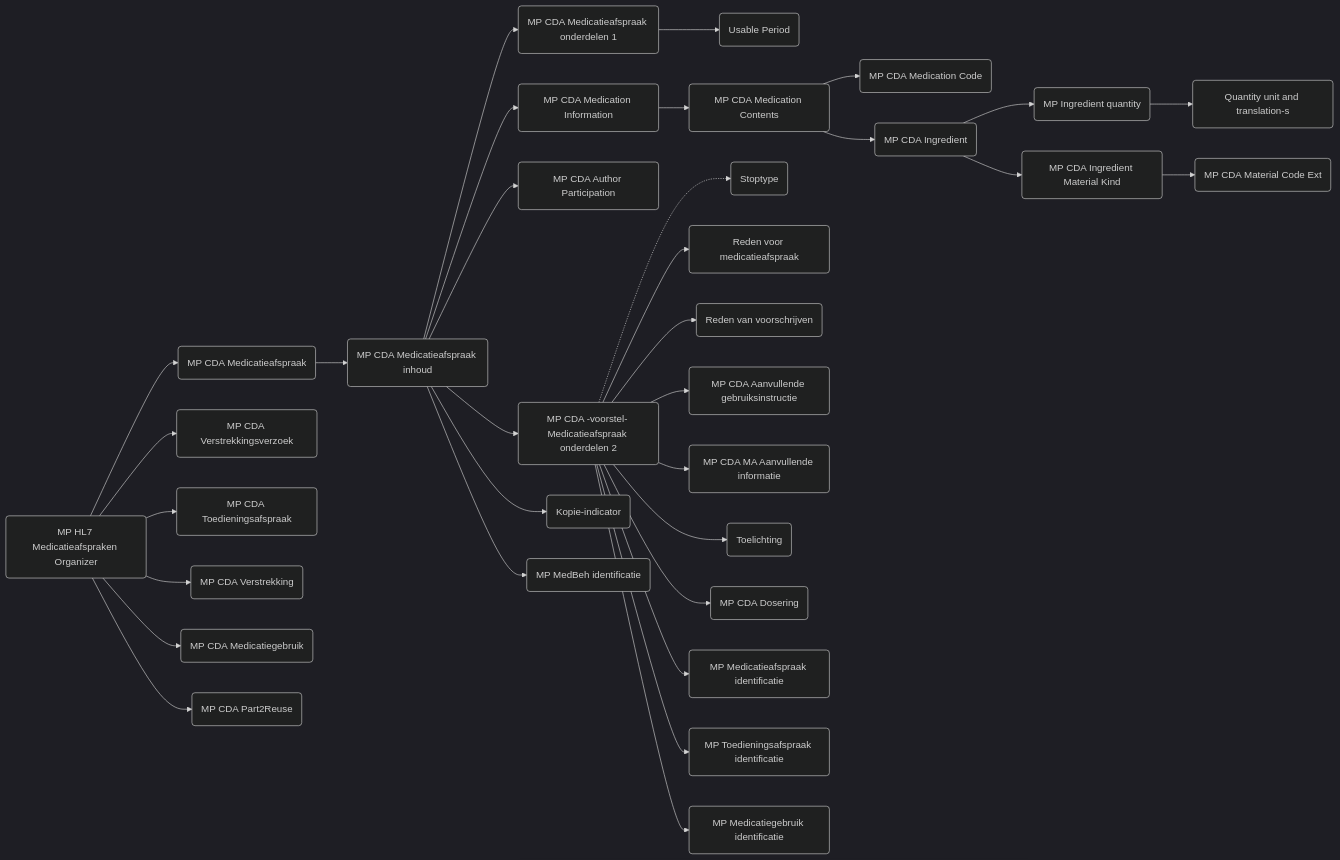
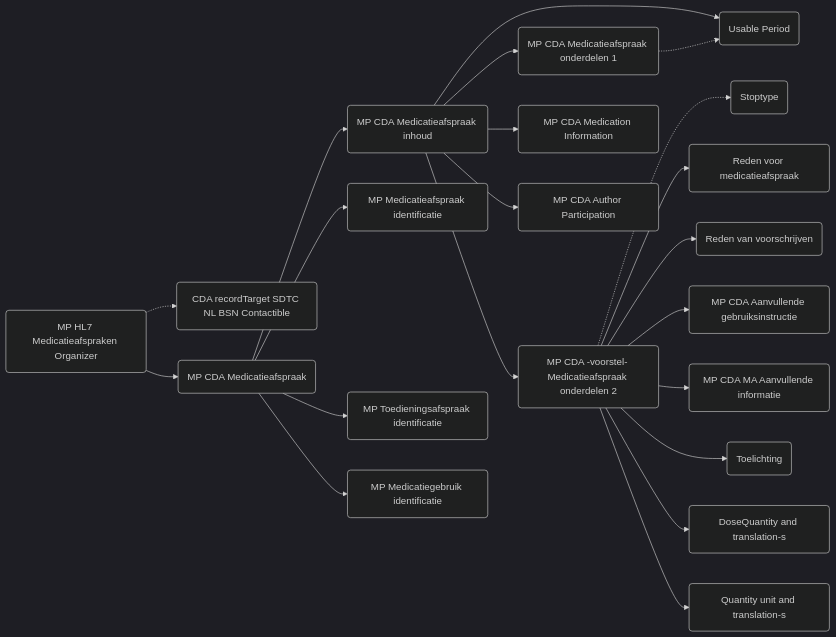
Before and after one commit to Duometis/overbrugging: the second of 2 diagrams in Medication2.md, drawn with Mermaid (dark theme).

Commit message:
Revise CDA templates flowchart in Medication2.md
Updated the flowchart for CDA templates in acute care, adding new relationships and entries.

````diff
--- a/Medication2.md
+++ b/Medication2.md
@@ -32,35 +32,39 @@
 ```mermaid
 flowchart LR
-1(MP HL7 Medicatieafspraken Organizer) --> 2(MP CDA Medicatieafspraak)
-2(MP CDA Medicatieafspraak) --> 3(MP CDA Medicatieafspraak inhoud)
-3(MP CDA Medicatieafspraak inhoud) --> 11(MP CDA Medicatieafspraak onderdelen 1)
-11(MP CDA Medicatieafspraak onderdelen 1) --> 21(Usable Period)
-3(MP CDA Medicatieafspraak inhoud) --> 12(MP CDA Medication Information)
-12(MP CDA Medication Information) --> 31(MP CDA Medication Contents)
-31(MP CDA Medication Contents) --> 41(MP CDA Medication Code)
-31(MP CDA Medication Contents) --> 42(MP CDA Ingredient)
-42(MP CDA Ingredient) --> 51(MP Ingredient quantity)
-42(MP CDA Ingredient) --> 81(MP CDA Ingredient Material Kind)
-81(MP CDA Ingredient Material Kind) --> 91(MP CDA Material Code Ext)
-51(MP Ingredient quantity) --> 52(Quantity unit and translation-s)
-3(MP CDA Medicatieafspraak inhoud) --> 13(MP CDA Author Participation)
-3(MP CDA Medicatieafspraak inhoud) --> 15(Kopie-indicator)
-3(MP CDA Medicatieafspraak inhoud) --> 16(MP MedBeh identificatie)
-3(MP CDA Medicatieafspraak inhoud) --> 14(MP CDA -voorstel- Medicatieafspraak onderdelen 2)
-1(MP HL7 Medicatieafspraken Organizer) --> 4(MP CDA Verstrekkingsverzoek)
-1(MP HL7 Medicatieafspraken Organizer) --> 5(MP CDA Toedieningsafspraak)
-1(MP HL7 Medicatieafspraken Organizer) --> 6(MP CDA Verstrekking)
-1(MP HL7 Medicatieafspraken Organizer) --> 7(MP CDA Medicatiegebruik)
-1(MP HL7 Medicatieafspraken Organizer) --> 8(MP CDA Part2Reuse)
-14(MP CDA -voorstel- Medicatieafspraak onderdelen 2) -.-> 61(Stoptype)
-14(MP CDA -voorstel- Medicatieafspraak onderdelen 2) --> 62(Reden voor medicatieafspraak)
-14(MP CDA -voorstel- Medicatieafspraak onderdelen 2) --> 63(Reden van voorschrijven)
-14(MP CDA -voorstel- Medicatieafspraak onderdelen 2) --> 64(MP CDA Aanvullende gebruiksinstructie)
-14(MP CDA -voorstel- Medicatieafspraak onderdelen 2) --> 65(MP CDA MA Aanvullende informatie)
-14(MP CDA -voorstel- Medicatieafspraak onderdelen 2) --> 66(Toelichting)
-14(MP CDA -voorstel- Medicatieafspraak onderdelen 2) --> 67(MP CDA Dosering)
-14(MP CDA -voorstel- Medicatieafspraak onderdelen 2) --> 68(MP Medicatieafspraak identificatie)
-14(MP CDA -voorstel- Medicatieafspraak onderdelen 2) --> 69(MP Toedieningsafspraak identificatie)
-14(MP CDA -voorstel- Medicatieafspraak onderdelen 2) --> 70(MP Medicatiegebruik identificatie)
+    %% Root organizer
+    1(MP HL7 Medicatieafspraken Organizer)
 
+    %% Inclusie (header/patiënt)
+    1 -.-> 2(CDA recordTarget SDTC NL BSN Contactible)
+
+    %% Containment van de entry
+    1 --> 3(MP CDA Medicatieafspraak)
+
+    %% Inhoudelijke children van MP CDA Medicatieafspraak
+    3 --> 4(MP CDA Medicatieafspraak inhoud)
+    4 --> 5(MP CDA Medicatieafspraak onderdelen 1)
+    4 --> 6(MP CDA -voorstel- Medicatieafspraak onderdelen 2)
+    4 --> 7(MP CDA Medication Information)
+    4 --> 8(MP CDA Author Participation)
+    4 --> 9(Usable Period)
+
+    %% Inclusie binnen onderdelen 1
+    5 -.-> 9(Usable Period)
+
+    %% EntryRelationships onder onderdelen 2
+    6 -.-> 10(Stoptype)
+    6 --> 11(Reden voor medicatieafspraak)
+    6 --> 12(Reden van voorschrijven)
+    6 --> 13(MP CDA Aanvullende gebruiksinstructie)
+    6 --> 14(MP CDA MA Aanvullende informatie)
+    6 --> 15(Toelichting)
+
+    %% Relaties/identificaties vanuit de Medicatieafspraak
+    3 --> 16(MP Medicatieafspraak identificatie)
+    3 --> 17(MP Toedieningsafspraak identificatie)
+    3 --> 18(MP Medicatiegebruik identificatie)
+
+    %% Doseer-helpers (gebruikt binnen doseerinstructies)
+    6 --> 19(DoseQuantity and translation-s)
+    6 --> 20(Quantity unit and translation-s)
 ```
````
